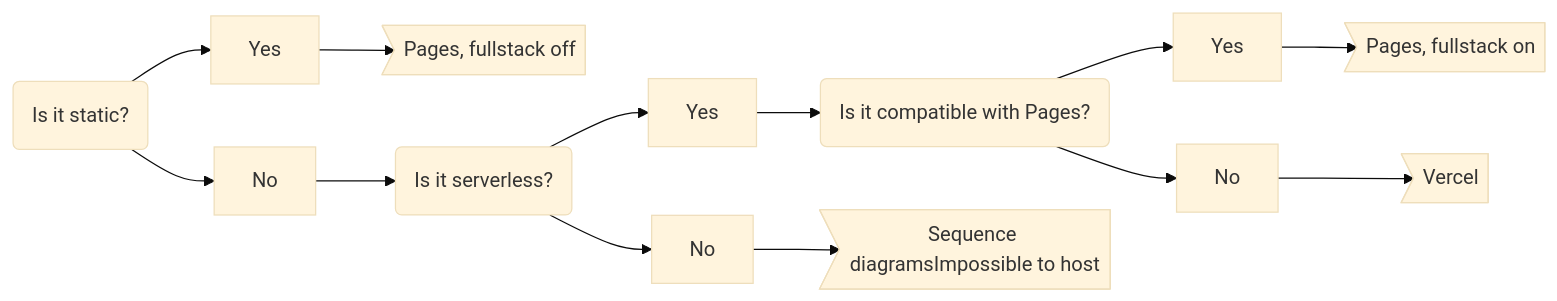
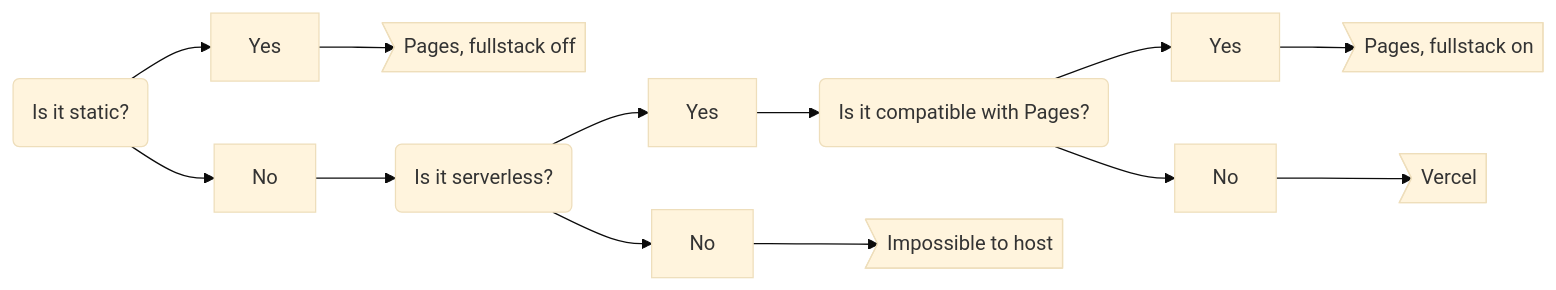
Before and after one commit to Jack5079/Jack5079: the diagram in README.md, drawn with Mermaid (base theme).

Commit message:
fix: :ambulance: whoops

````diff
--- a/README.md
+++ b/README.md
@@ -22,10 +22,10 @@
 ```mermaid
 flowchart LR
  isitstatic(Is it static?) --> static[Yes] & dynamic[No]
  static --> pagesoff>Pages, fullstack off]
  dynamic --> isitserverless(Is it serverless?) --> serverless[Yes] & serverful[No]
  serverless --> worksonpages(Is it compatible with Pages?) --> compatcf[Yes] & incompatcf[No]
  compatcf --> pageson>Pages, fullstack on]
  incompatcf --> Vercel>Vercel]
- serverful --> stop>Sequence diagramsImpossible to host]
+ serverful --> stop>Impossible to host]
 ```
````
